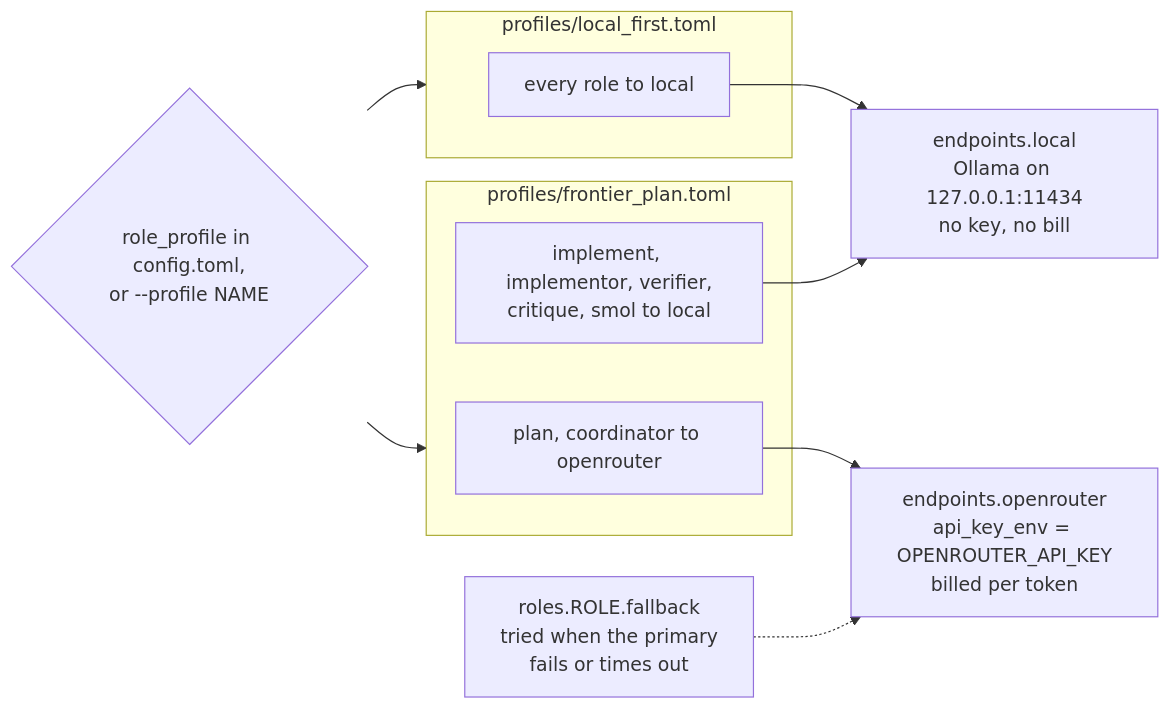
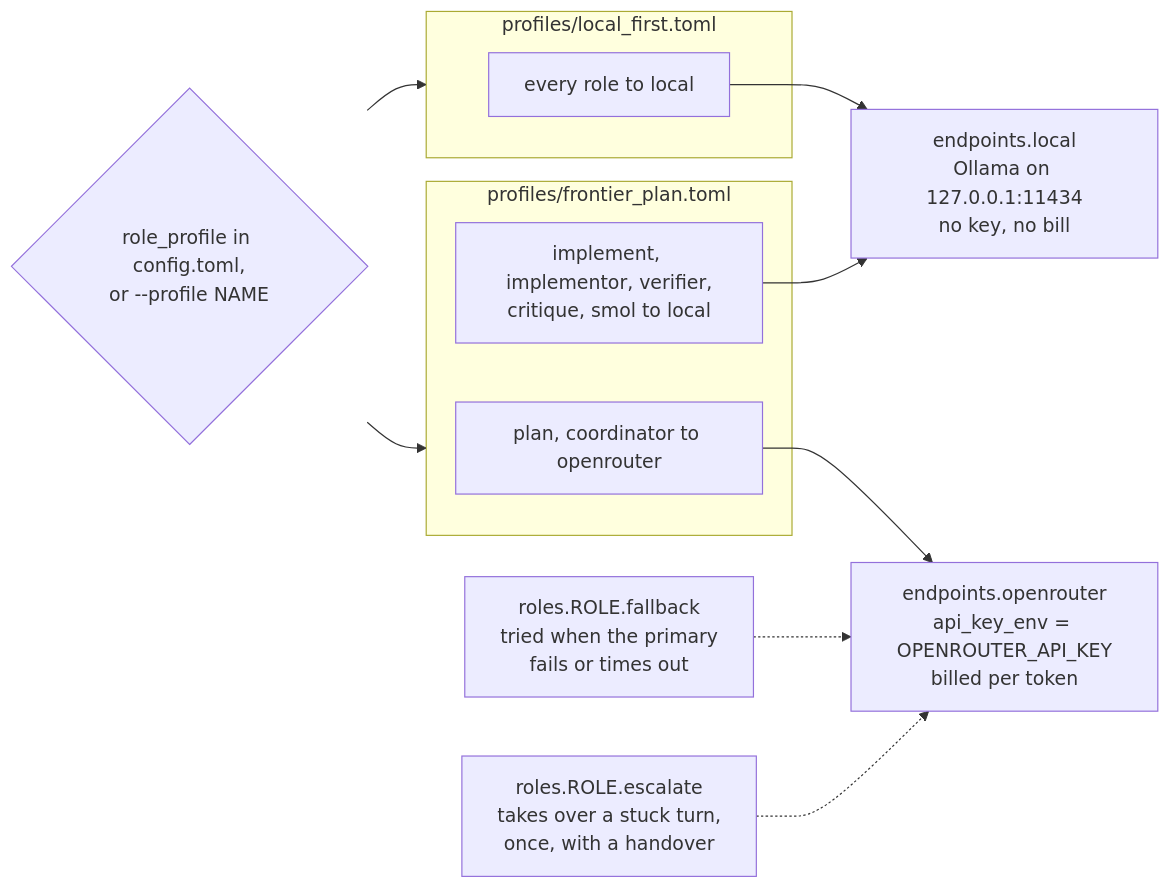
The fifth of 5 diagrams in docs/GUIDE.md (eljaplacido/gnomonharness), drawn with Mermaid before and after one commit. The commit also changed other lines of this file and 9 other files, not shown here.

First line of the commit message:
feat(routing): local first, cloud rescue — escalate a stuck turn to a declared model

````diff
--- a/docs/GUIDE.md
+++ b/docs/GUIDE.md
@@ -222,16 +222,17 @@
 ```mermaid
 flowchart LR
     SEL{"role_profile in config.toml,<br/>or --profile NAME"} --> P1
     SEL --> P2
     subgraph P1["profiles/local_first.toml"]
         L1["every role to local"]
     end
     subgraph P2["profiles/frontier_plan.toml"]
         F1["plan, coordinator to openrouter"]
         F2["implement, implementor, verifier,<br/>critique, smol to local"]
     end
     L1 --> LOC["endpoints.local<br/>Ollama on 127.0.0.1:11434<br/>no key, no bill"]
     F2 --> LOC
     F1 --> CLOUD["endpoints.openrouter<br/>api_key_env = OPENROUTER_API_KEY<br/>billed per token"]
     FB["roles.ROLE.fallback<br/>tried when the primary<br/>fails or times out"] -.-> CLOUD
+    ESC["roles.ROLE.escalate<br/>takes over a stuck turn,<br/>once, with a handover"] -.-> CLOUD
 ```
````
